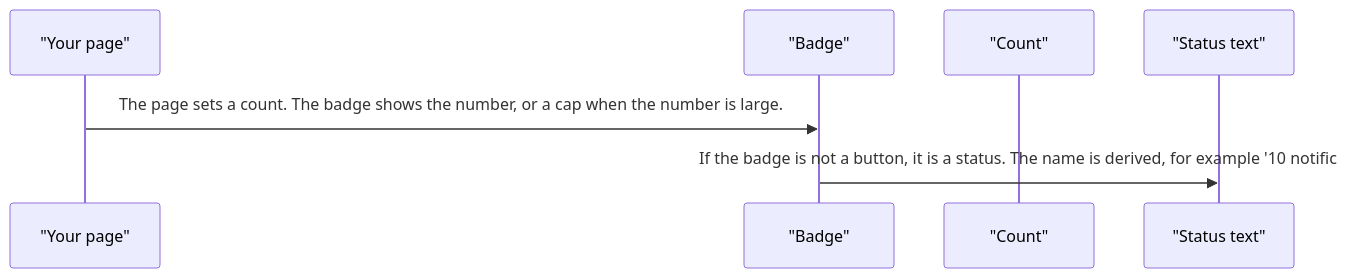
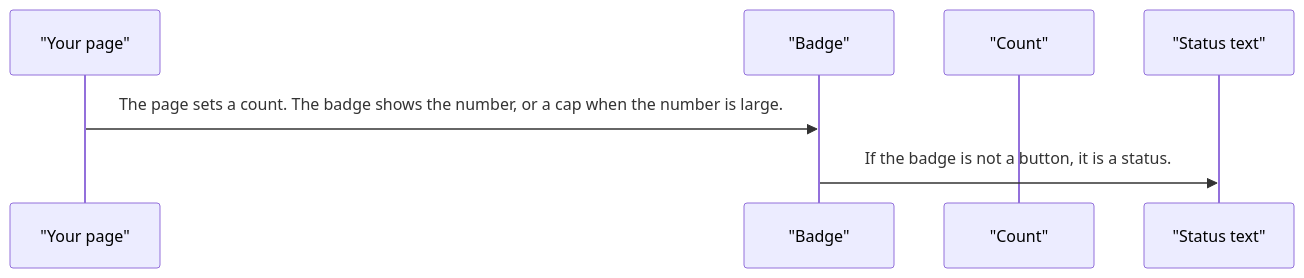
One commit to RajshekharBorate/pixel-ui changed the second of 3 diagrams in projects/pixel-ui/src/lib/pixel-badge/DESIGN.md. Above: the diagram before and after it, drawn with Mermaid. The commit also changed other lines of this file and 80 other files, not shown here.

Commit message:
Fill missing design flows and correct the stories that did not match component behavior.

````diff
--- a/projects/pixel-ui/src/lib/pixel-badge/DESIGN.md
+++ b/projects/pixel-ui/src/lib/pixel-badge/DESIGN.md
@@ -48,9 +48,9 @@
 ```mermaid
 sequenceDiagram
   participant page as "Your page"
   participant badge as "Badge"
   participant count as "Count"
   participant live as "Status text"
   page->>badge: The page sets a count. The badge shows the number, or a cap when the number is large.
-  badge->>live: If the badge is not a button, it is a status. The name is derived, for example '10 notific
+  badge->>live: If the badge is not a button, it is a status.
 ```
````
